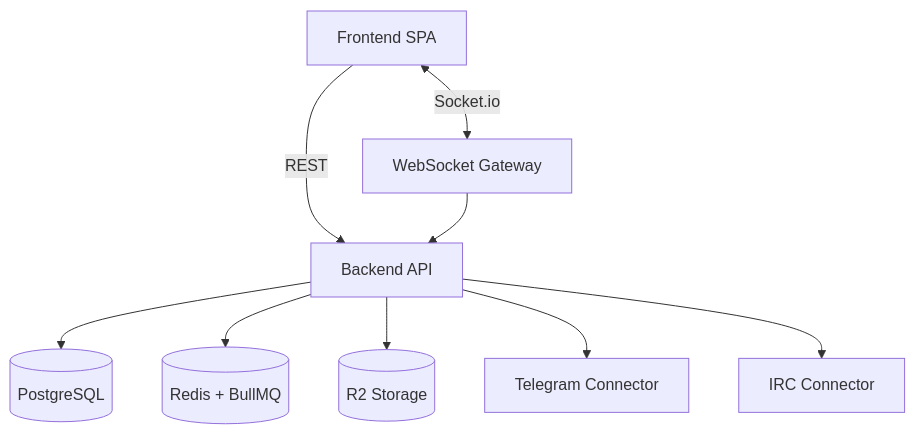
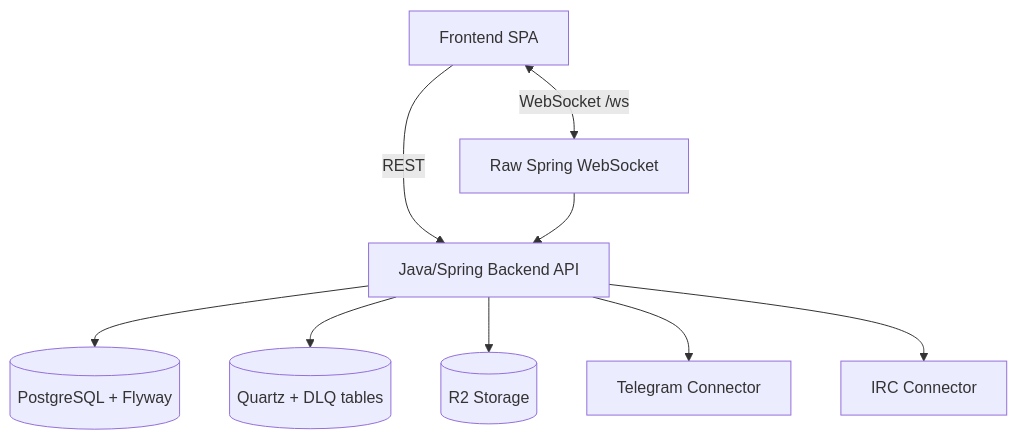
The diagram in .docs/architecture/002-application-architecture.md (csim-sg/yacc), drawn with Mermaid before and after one commit. The commit also changed other lines of this file and 14 other files, not shown here.

First line of the commit message:
docs(scope): documentation sweep to the Java/Spring backend truth (MIG-090, #365)

````diff
--- a/.docs/architecture/002-application-architecture.md
+++ b/.docs/architecture/002-application-architecture.md
@@ -30,13 +34,13 @@
 ```mermaid
 flowchart TB
-  FE[Frontend SPA] -->|REST| BE[Backend API]
-  FE <--> |Socket.io| WS[WebSocket Gateway]
+  FE[Frontend SPA] -->|REST| BE[Java/Spring Backend API]
+  FE <--> |WebSocket /ws| WS[Raw Spring WebSocket]
   WS --> BE
 
-  BE --> DB[(PostgreSQL)]
-  BE --> Q[(Redis + BullMQ)]
+  BE --> DB[(PostgreSQL + Flyway)]
+  BE --> Q[(Quartz + DLQ tables)]
   BE --> OBJ[(R2 Storage)]
 
   BE --> TG[Telegram Connector]
   BE --> IRC[IRC Connector]
 ```
````
